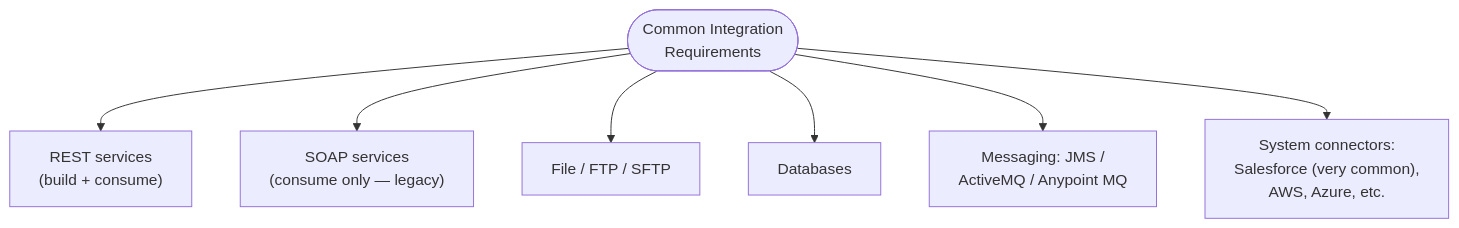
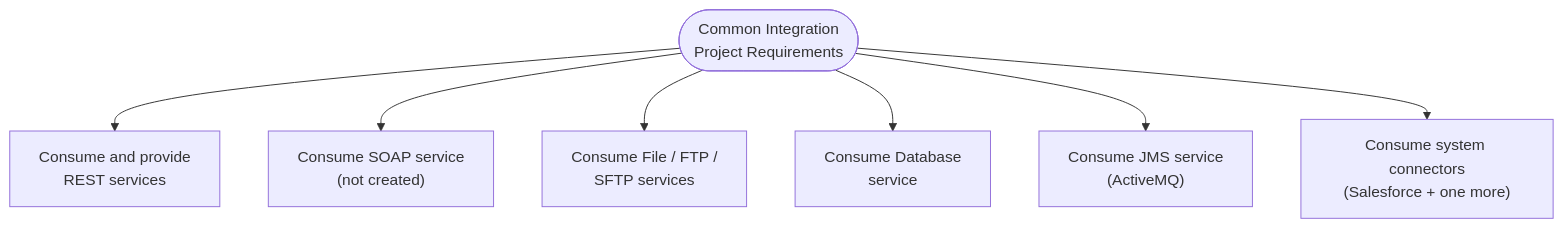
Before and after one commit to developerashok99/green-c-mule-notes: the fifth of 8 diagrams in detailed-notes/day02.md, drawn with Mermaid. The commit also changed other lines of this file and 3 other files, not shown here.

````diff
--- a/detailed-notes/day02.md
+++ b/detailed-notes/day02.md
@@ -92,9 +88,9 @@
 ```mermaid
 flowchart TB
-    Req([Common Integration<br/>Requirements]) --> R1["REST services<br/>(build + consume)"]
-    Req --> R2["SOAP services<br/>(consume only — legacy)"]
-    Req --> R3["File / FTP / SFTP"]
-    Req --> R4["Databases"]
-    Req --> R5["Messaging: JMS /<br/>ActiveMQ / Anypoint MQ"]
-    Req --> R6["System connectors:<br/>Salesforce (very common),<br/>AWS, Azure, etc."]
+    Req([Common Integration<br/>Project Requirements]) --> R1["Consume and provide<br/>REST services"]
+    Req --> R2["Consume SOAP service<br/>(not created)"]
+    Req --> R3["Consume File / FTP /<br/>SFTP services"]
+    Req --> R4["Consume Database<br/>service"]
+    Req --> R5["Consume JMS service<br/>(ActiveMQ)"]
+    Req --> R6["Consume system connectors<br/>(Salesforce + one more)"]
 ```
````
